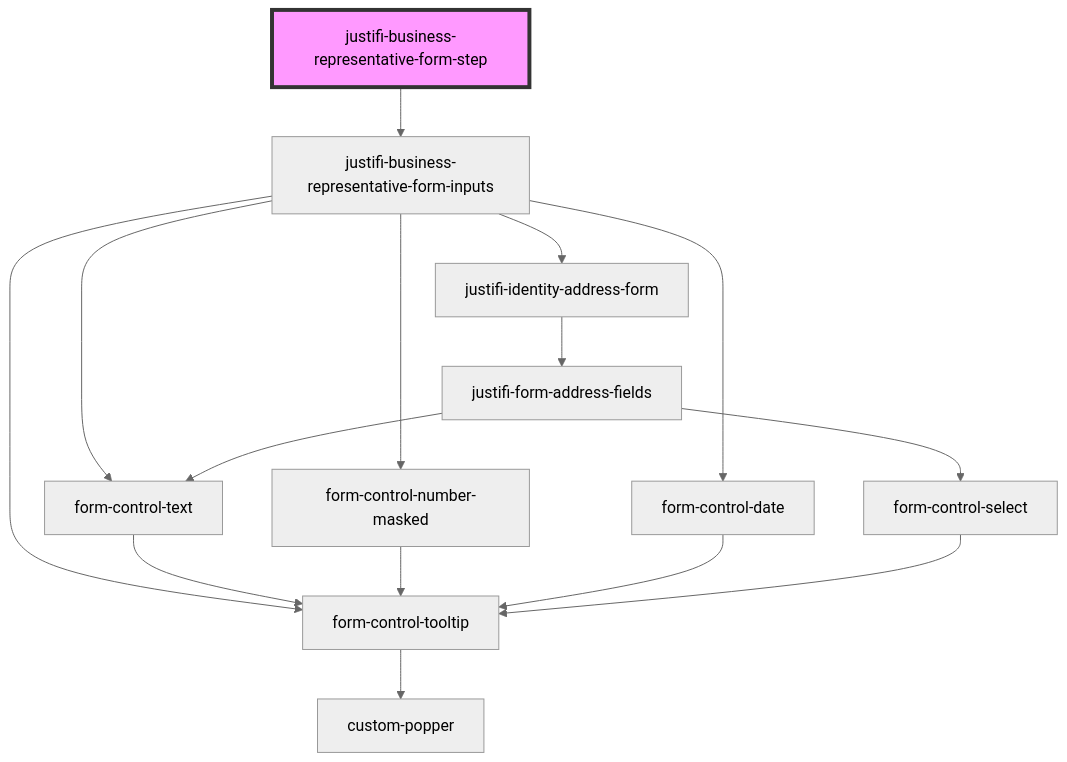
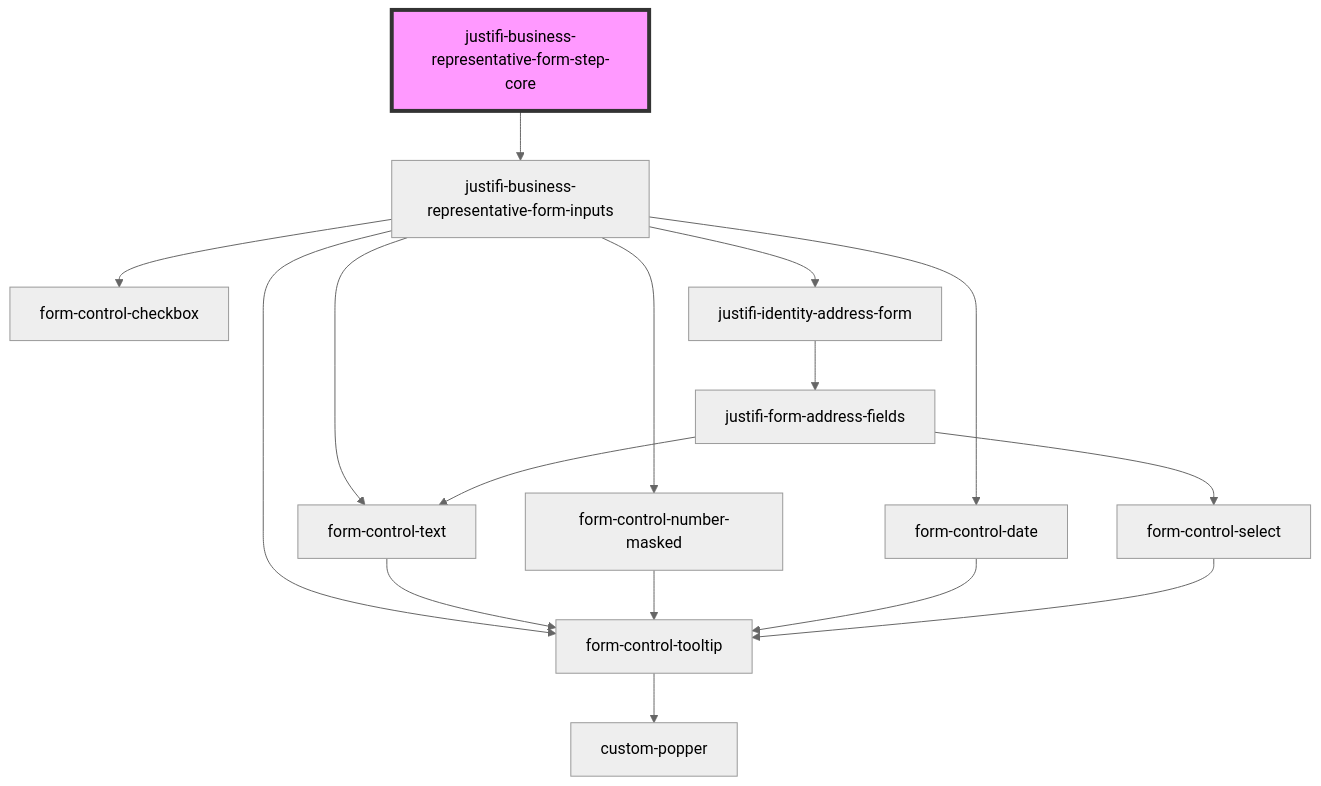
Before and after one commit to justifi-tech/web-component-library: the diagram in packages/webcomponents/src/components/business-forms/payment-provisioning/business-representative/README.md, drawn with Mermaid (neutral theme). The commit also changed 3 other files, not shown here.

````diff
--- a/packages/webcomponents/src/components/business-forms/payment-provisioning/business-representative/README.md
+++ b/packages/webcomponents/src/components/business-forms/payment-provisioning/business-representative/README.md
@@ -53,18 +53,19 @@
 ```mermaid
 graph TD;
-  justifi-business-representative-form-step --> justifi-business-representative-form-inputs
+  justifi-business-representative-form-step-core --> justifi-business-representative-form-inputs
   justifi-business-representative-form-inputs --> form-control-tooltip
   justifi-business-representative-form-inputs --> form-control-text
+  justifi-business-representative-form-inputs --> form-control-checkbox
   justifi-business-representative-form-inputs --> form-control-number-masked
   justifi-business-representative-form-inputs --> form-control-date
   justifi-business-representative-form-inputs --> justifi-identity-address-form
   form-control-tooltip --> custom-popper
   form-control-text --> form-control-tooltip
   form-control-number-masked --> form-control-tooltip
   form-control-date --> form-control-tooltip
   justifi-identity-address-form --> justifi-form-address-fields
   justifi-form-address-fields --> form-control-text
   justifi-form-address-fields --> form-control-select
   form-control-select --> form-control-tooltip
-  style justifi-business-representative-form-step fill:#f9f,stroke:#333,stroke-width:4px
+  style justifi-business-representative-form-step-core fill:#f9f,stroke:#333,stroke-width:4px
 ```
````
